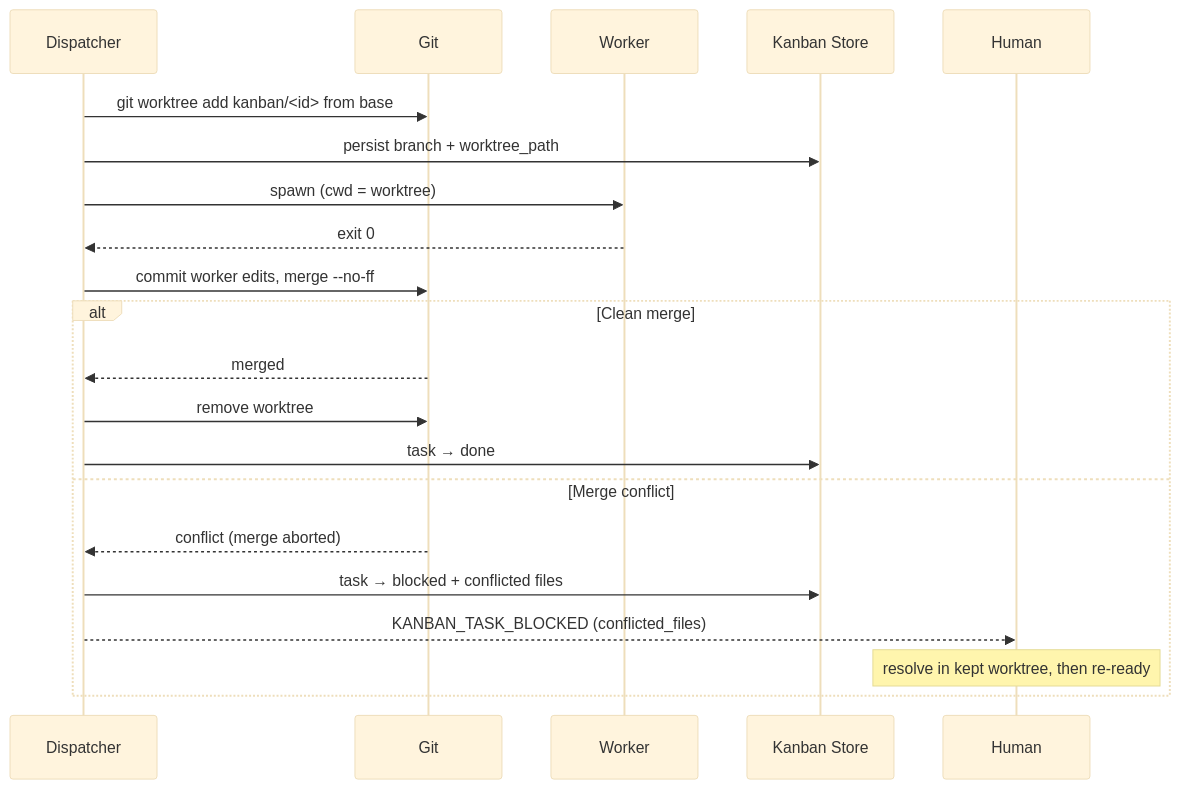
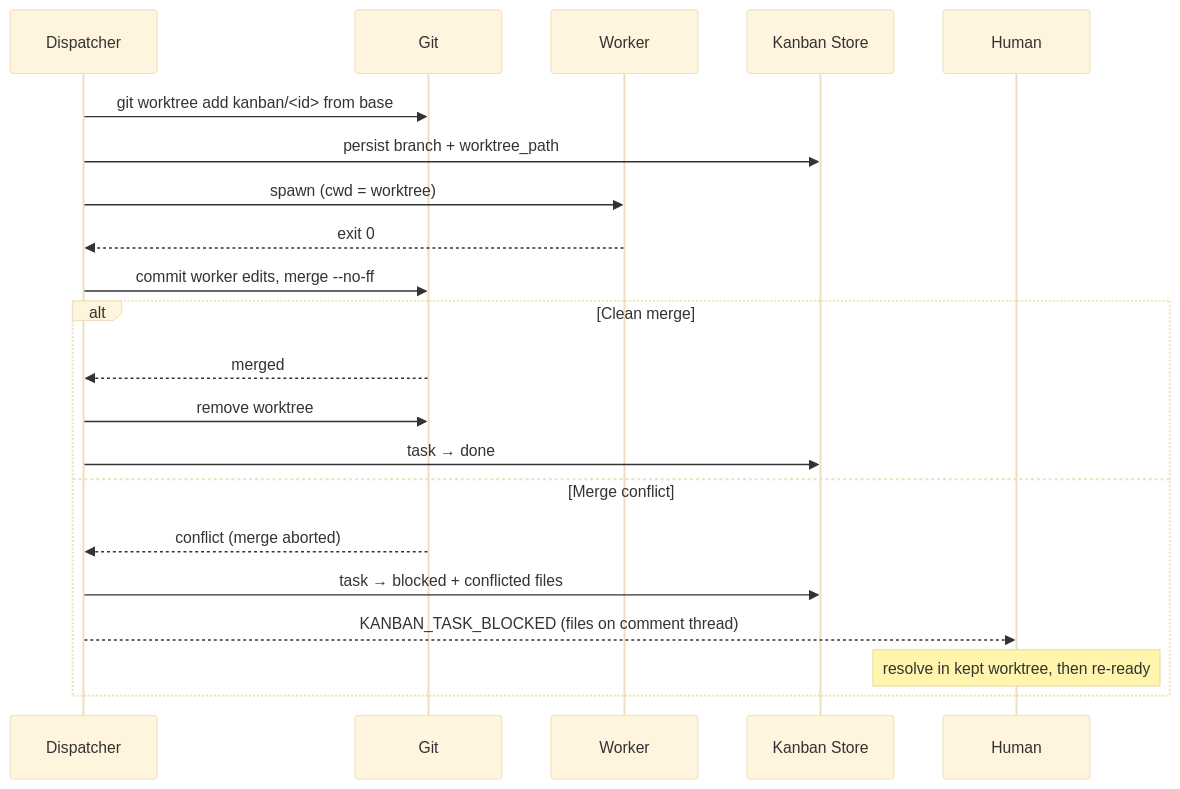
Before and after one commit to MervinPraison/PraisonAIDocs: diagram 12 of 14 in docs/features/kanban.mdx, drawn with Mermaid (base theme). The commit also changed other lines of this file and 6 other files, not shown here.

````diff
--- a/docs/features/kanban.mdx
+++ b/docs/features/kanban.mdx
@@ -700,24 +700,24 @@
 ```mermaid
 sequenceDiagram
     participant Dispatcher
     participant Git
     participant Worker
     participant Store as Kanban Store
     participant Human
 
     Dispatcher->>Git: git worktree add kanban/<id> from base
     Dispatcher->>Store: persist branch + worktree_path
     Dispatcher->>Worker: spawn (cwd = worktree)
     Worker-->>Dispatcher: exit 0
     Dispatcher->>Git: commit worker edits, merge --no-ff
     alt Clean merge
         Git-->>Dispatcher: merged
         Dispatcher->>Git: remove worktree
         Dispatcher->>Store: task → done
     else Merge conflict
         Git-->>Dispatcher: conflict (merge aborted)
         Dispatcher->>Store: task → blocked + conflicted files
-        Dispatcher-->>Human: KANBAN_TASK_BLOCKED (conflicted_files)
+        Dispatcher-->>Human: KANBAN_TASK_BLOCKED (files on comment thread)
         Note over Human: resolve in kept worktree, then re-ready
     end
 ```
````
